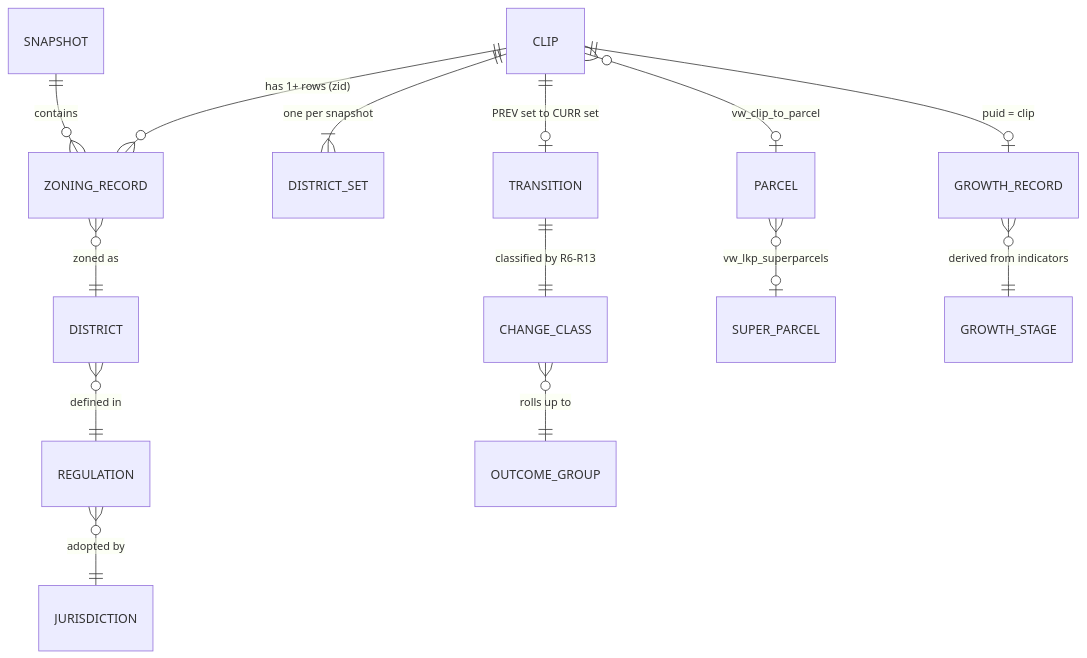
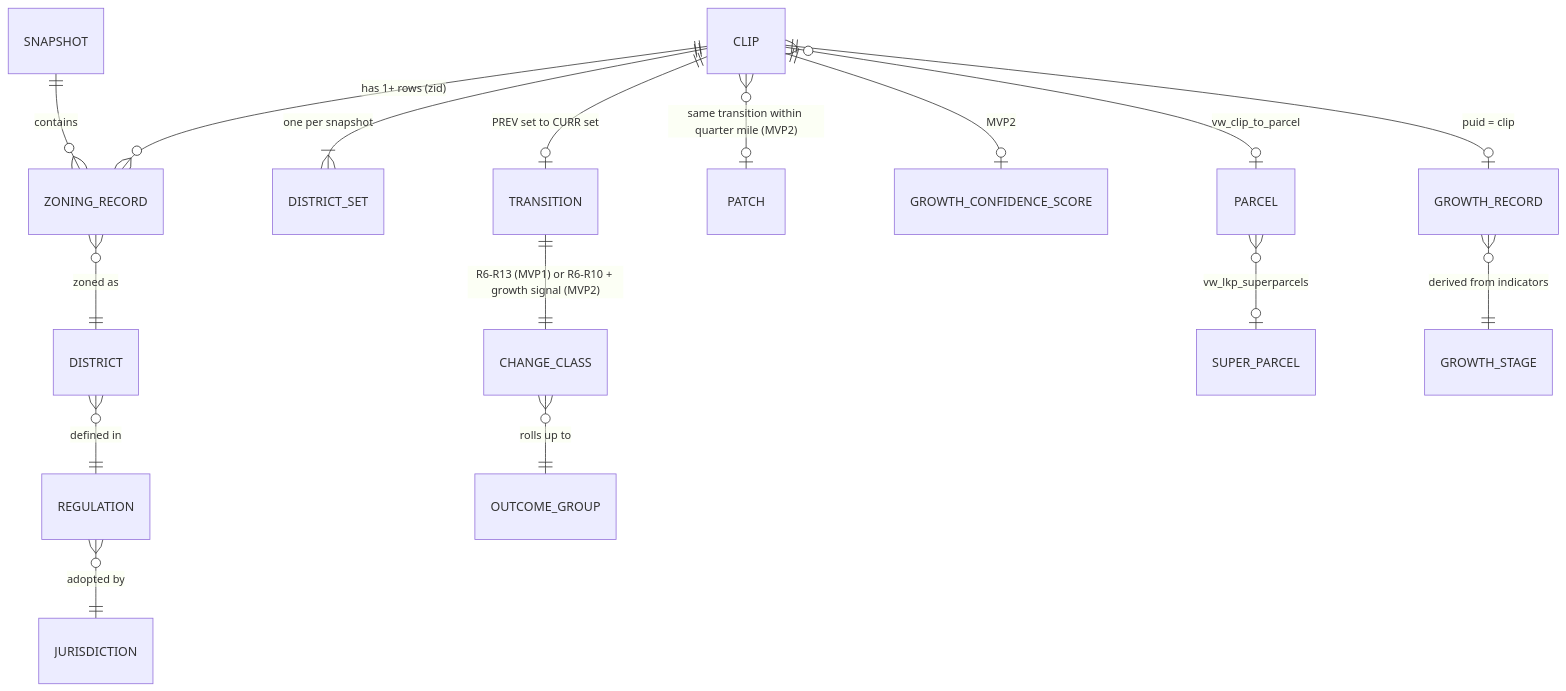
Before and after one commit to eprashar-clgx/growth-intel-V2: the diagram in docs/glossary.md, drawn with Mermaid. The commit also changed other lines of this file and 1 other file, not shown here.

First line of the commit message:
Design MVP2 growth-signal gates and confidence score

````diff
--- a/docs/glossary.md
+++ b/docs/glossary.md
@@ -13,16 +13,18 @@
 ```mermaid
 erDiagram
   SNAPSHOT ||--o{ ZONING_RECORD : contains
   CLIP ||--o{ ZONING_RECORD : "has 1+ rows (zid)"
   ZONING_RECORD }o--|| DISTRICT : "zoned as"
   DISTRICT }o--|| REGULATION : "defined in"
   REGULATION }o--|| JURISDICTION : "adopted by"
   CLIP ||--|{ DISTRICT_SET : "one per snapshot"
   CLIP ||--o| TRANSITION : "PREV set to CURR set"
-  TRANSITION ||--|| CHANGE_CLASS : "classified by R6-R13"
+  TRANSITION ||--|| CHANGE_CLASS : "R6-R13 (MVP1) or R6-R10 + growth signal (MVP2)"
+  CLIP }o--o| PATCH : "same transition within quarter mile (MVP2)"
+  CLIP ||--o| GROWTH_CONFIDENCE_SCORE : "MVP2"
   CHANGE_CLASS }o--|| OUTCOME_GROUP : "rolls up to"
   CLIP ||--o| GROWTH_RECORD : "puid = clip"
   CLIP }o--o| PARCEL : "vw_clip_to_parcel"
   PARCEL }o--o| SUPER_PARCEL : "vw_lkp_superparcels"
   GROWTH_RECORD }o--|| GROWTH_STAGE : "derived from indicators"
 ```
````
